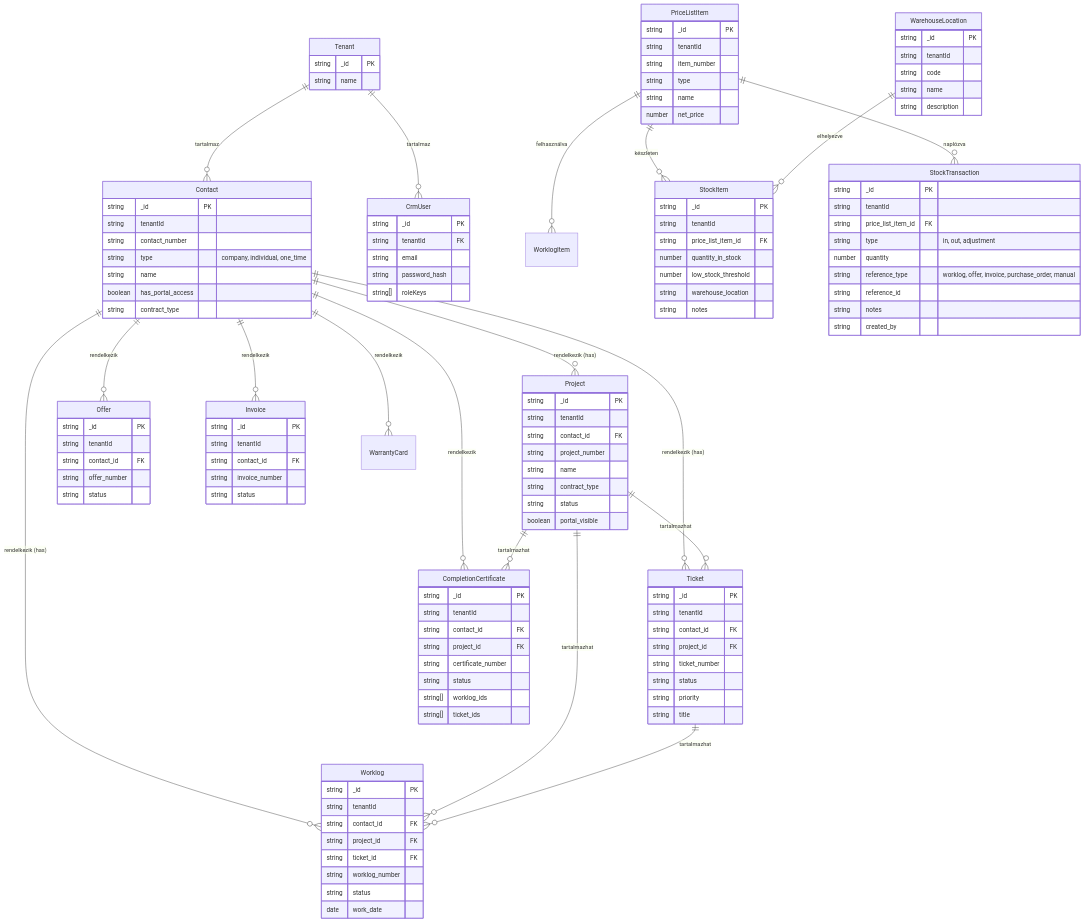
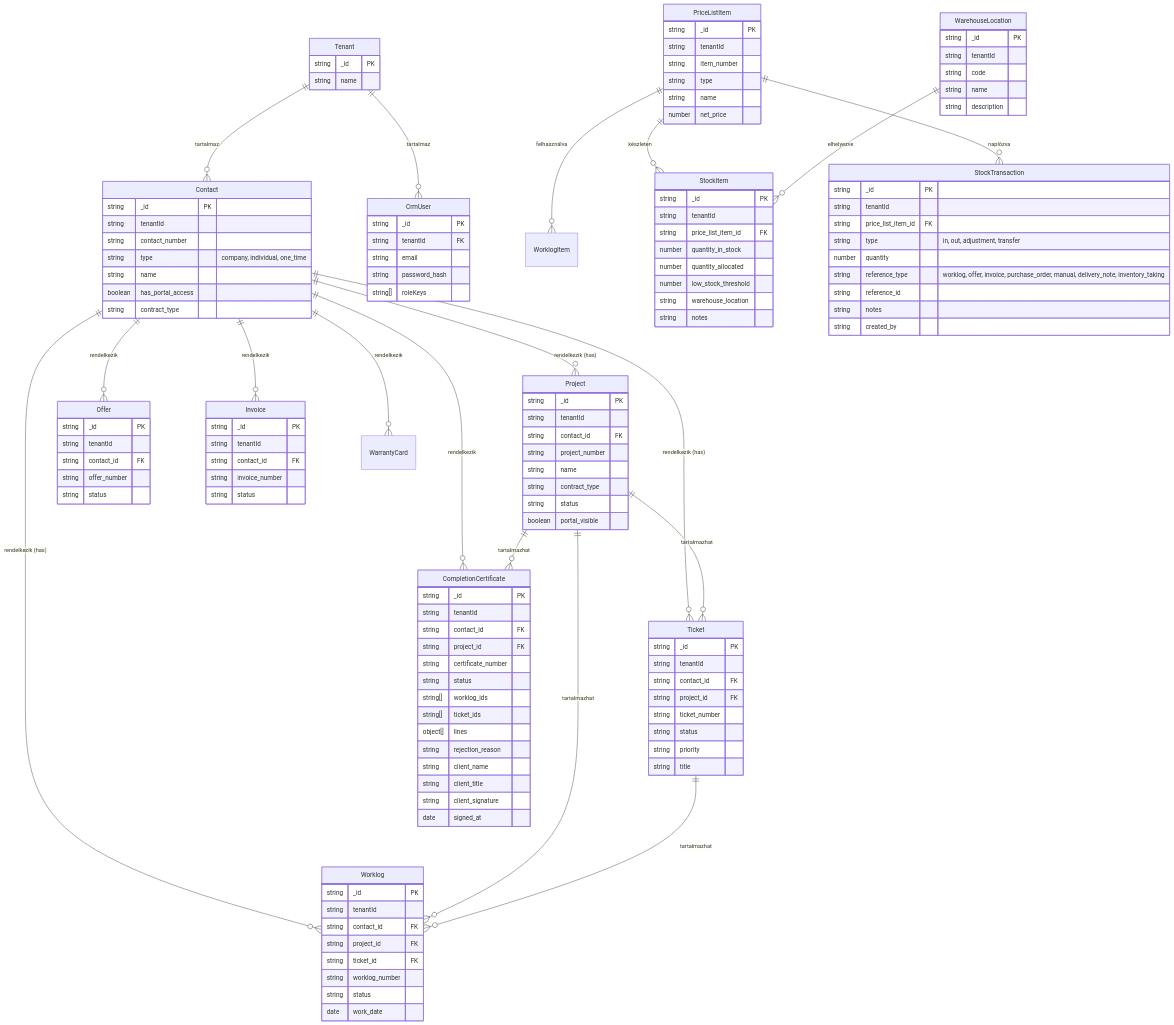
The diagram in DATABASE.md (davids-src/SIRONIC_IntraSystem), drawn with Mermaid before and after one commit. The commit also changed other lines of this file and 26 other files, not shown here.

```diff
--- a/DATABASE.md
+++ b/DATABASE.md
@@ -81,6 +81,12 @@
         string status
         string[] worklog_ids
         string[] ticket_ids
+        object[] lines
+        string rejection_reason
+        string client_name
+        string client_title
+        string client_signature
+        date signed_at
     }
 
     PriceListItem {
@@ -105,6 +111,7 @@
         string tenantId
         string price_list_item_id FK
         number quantity_in_stock
+        number quantity_allocated
         number low_stock_threshold
         string warehouse_location
         string notes
@@ -114,9 +121,9 @@
         string _id PK
         string tenantId
         string price_list_item_id FK
-        string type "in, out, adjustment"
+        string type "in, out, adjustment, transfer"
         number quantity
-        string reference_type "worklog, offer, invoice, purchase_order, manual"
+        string reference_type "worklog, offer, invoice, purchase_order, manual, delivery_note, inventory_taking"
         string reference_id
         string notes
         string created_by
```
